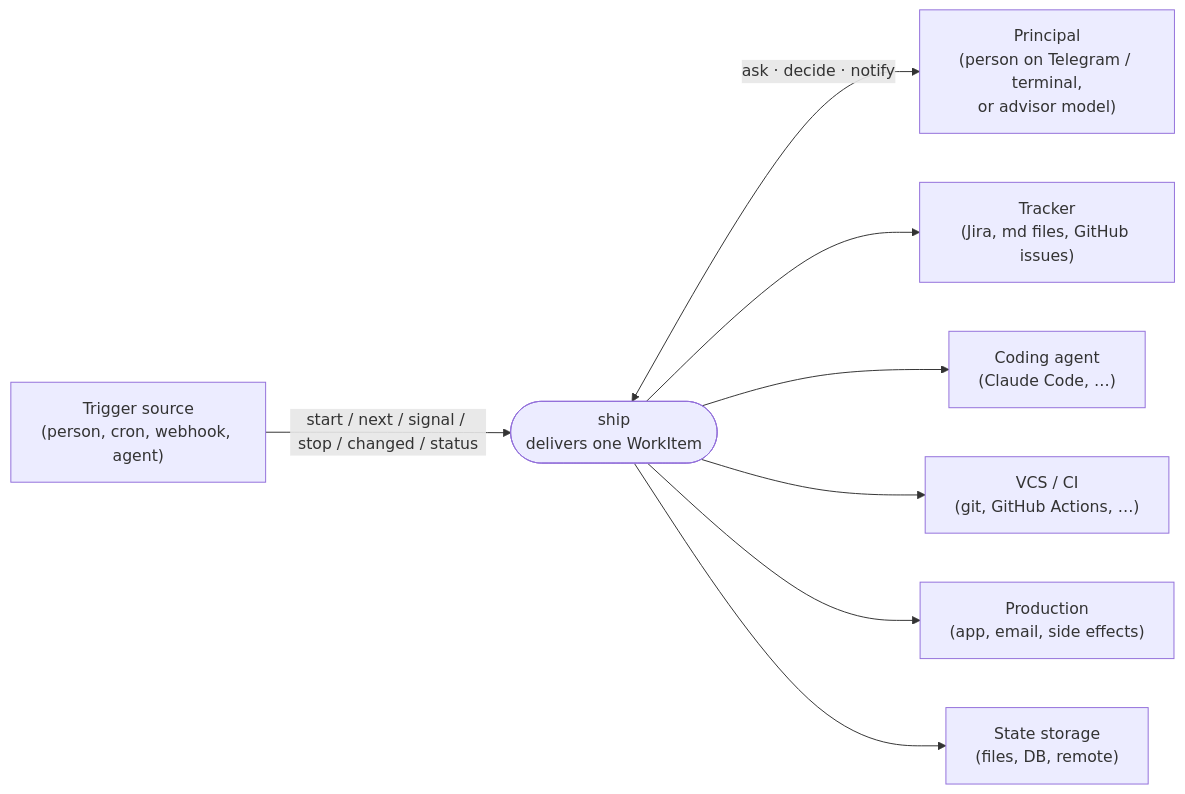
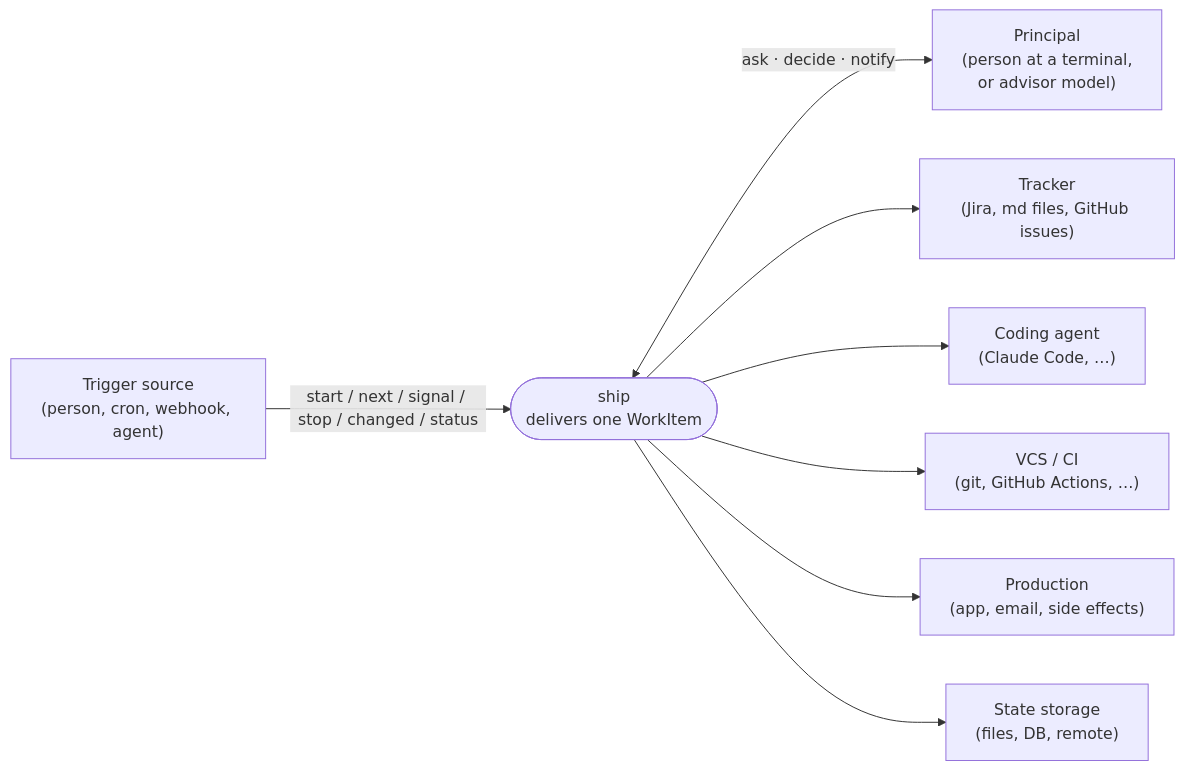
Before and after one commit to pehota/harlo: the first of 4 diagrams in ship/docs/architecture.md, drawn with Mermaid. The commit also changed other lines of this file and 10 other files, not shown here.

First line of the commit message:
docs(ship): sync architecture docs and diagrams with the implementation

````diff
--- a/ship/docs/architecture.md
+++ b/ship/docs/architecture.md
@@ -30,19 +32,19 @@
 ```mermaid
 flowchart LR
   trig["Trigger source<br/>(person, cron, webhook, agent)"]
-  pr["Principal<br/>(person on Telegram / terminal,<br/>or advisor model)"]
+  pr["Principal<br/>(person at a terminal,<br/>or advisor model)"]
   ship(["ship<br/>delivers one WorkItem"])
   tr["Tracker<br/>(Jira, md files, GitHub issues)"]
   ag["Coding agent<br/>(Claude Code, …)"]
   vcs["VCS / CI<br/>(git, GitHub Actions, …)"]
   prod["Production<br/>(app, email, side effects)"]
   st["State storage<br/>(files, DB, remote)"]
 
   trig -- "start / next / signal / stop / changed / status" --> ship
   ship <-- "ask · decide · notify" --> pr
   ship --> tr
   ship --> ag
   ship --> vcs
   ship --> prod
   ship --> st
 ```
````
